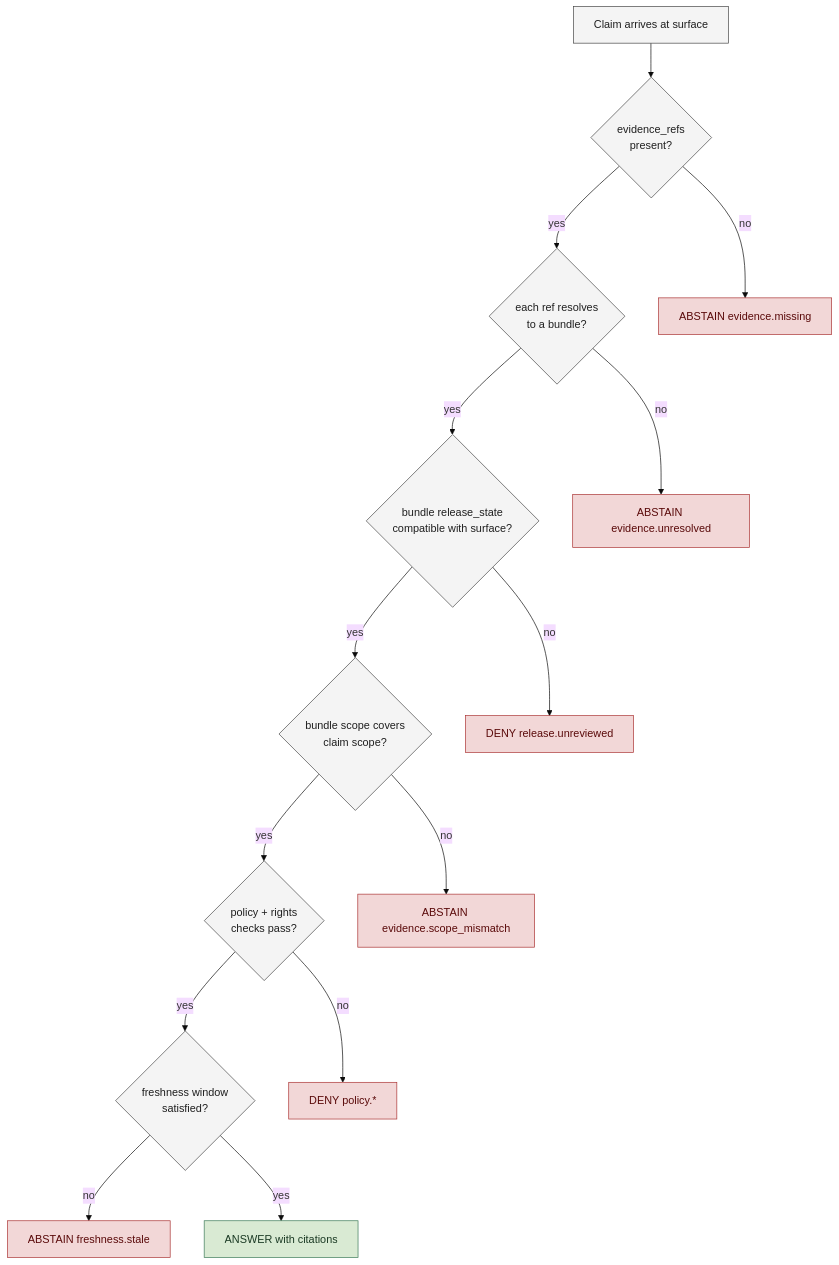
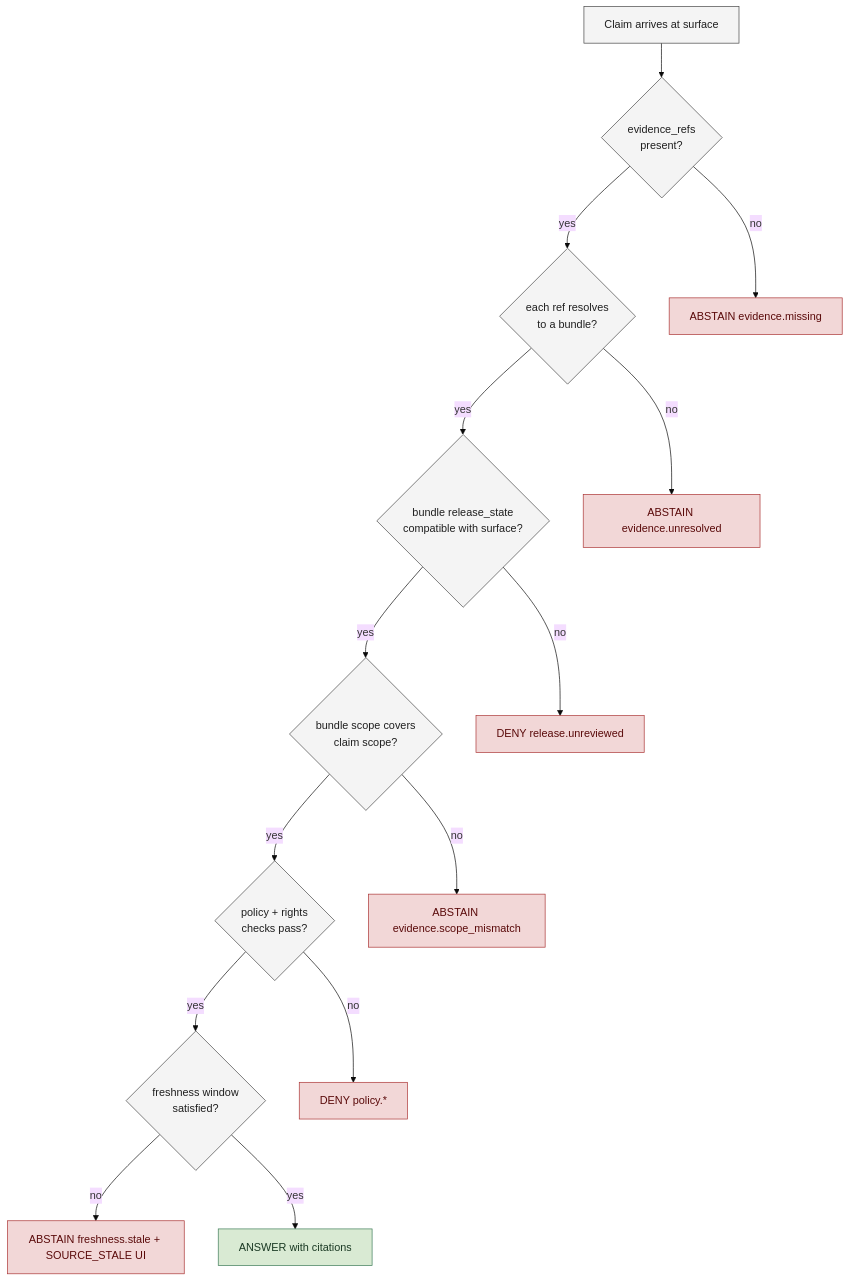
One commit to bartytime4life/Kansas-Frontier-Matrix changed the third of 3 diagrams in docs/doctrine/evidence-first.md. Above: the diagram before and after it, drawn with Mermaid (base theme). The commit also changed other lines of this file, not shown here.

````diff
--- a/docs/doctrine/evidence-first.md
+++ b/docs/doctrine/evidence-first.md
@@ -289,36 +310,36 @@
 ```mermaid
 flowchart TD
     classDef step fill:#F4F4F4,stroke:#444,color:#1F1F1F;
     classDef pass fill:#D9EAD3,stroke:#3B7A57,color:#1B3A24;
     classDef fail fill:#F2D7D7,stroke:#A33,color:#5A0A0A;
 
     S0[Claim arrives at surface]:::step
     S1{evidence_refs<br/>present?}:::step
     S2{each ref resolves<br/>to a bundle?}:::step
     S3{bundle release_state<br/>compatible with surface?}:::step
     S4{bundle scope covers<br/>claim scope?}:::step
     S5{policy + rights<br/>checks pass?}:::step
     S6{freshness window<br/>satisfied?}:::step
     OK[ANSWER with citations]:::pass
 
     F1[ABSTAIN evidence.missing]:::fail
     F2[ABSTAIN evidence.unresolved]:::fail
     F3[DENY release.unreviewed]:::fail
     F4[ABSTAIN evidence.scope_mismatch]:::fail
     F5[DENY policy.*]:::fail
-    F6[ABSTAIN freshness.stale]:::fail
+    F6[ABSTAIN freshness.stale + SOURCE_STALE UI]:::fail
 
     S0 --> S1
     S1 -- no  --> F1
     S1 -- yes --> S2
     S2 -- no  --> F2
     S2 -- yes --> S3
     S3 -- no  --> F3
     S3 -- yes --> S4
     S4 -- no  --> F4
     S4 -- yes --> S5
     S5 -- no  --> F5
     S5 -- yes --> S6
     S6 -- no  --> F6
     S6 -- yes --> OK
 ```
````
